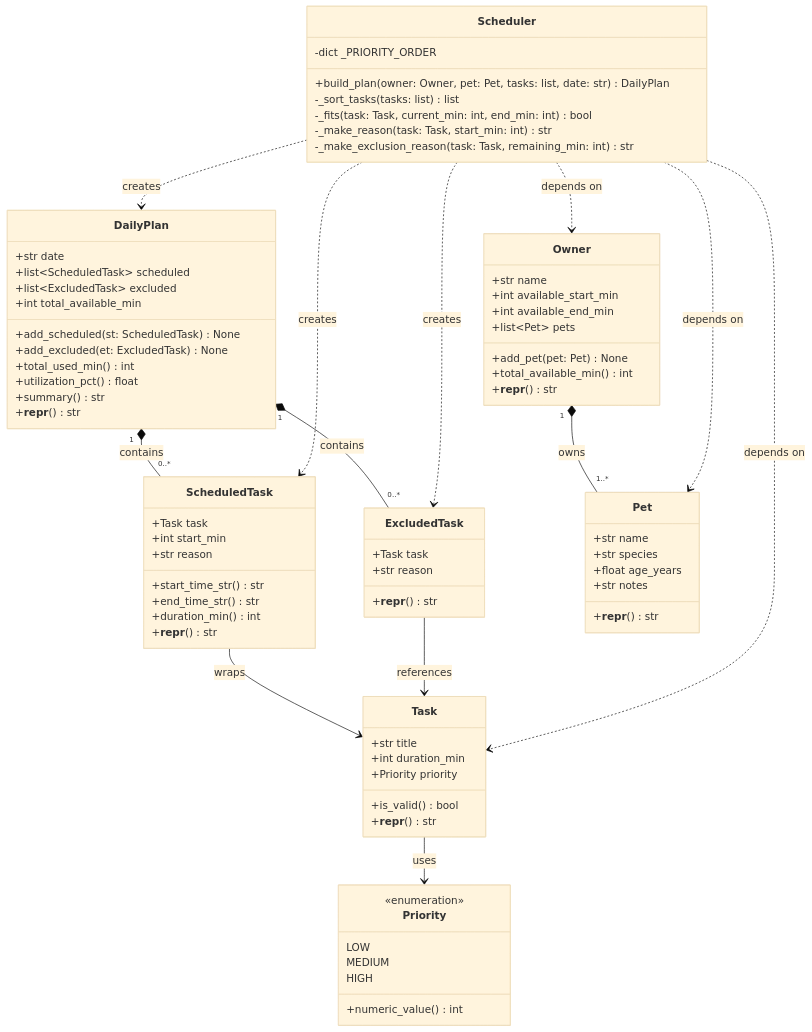
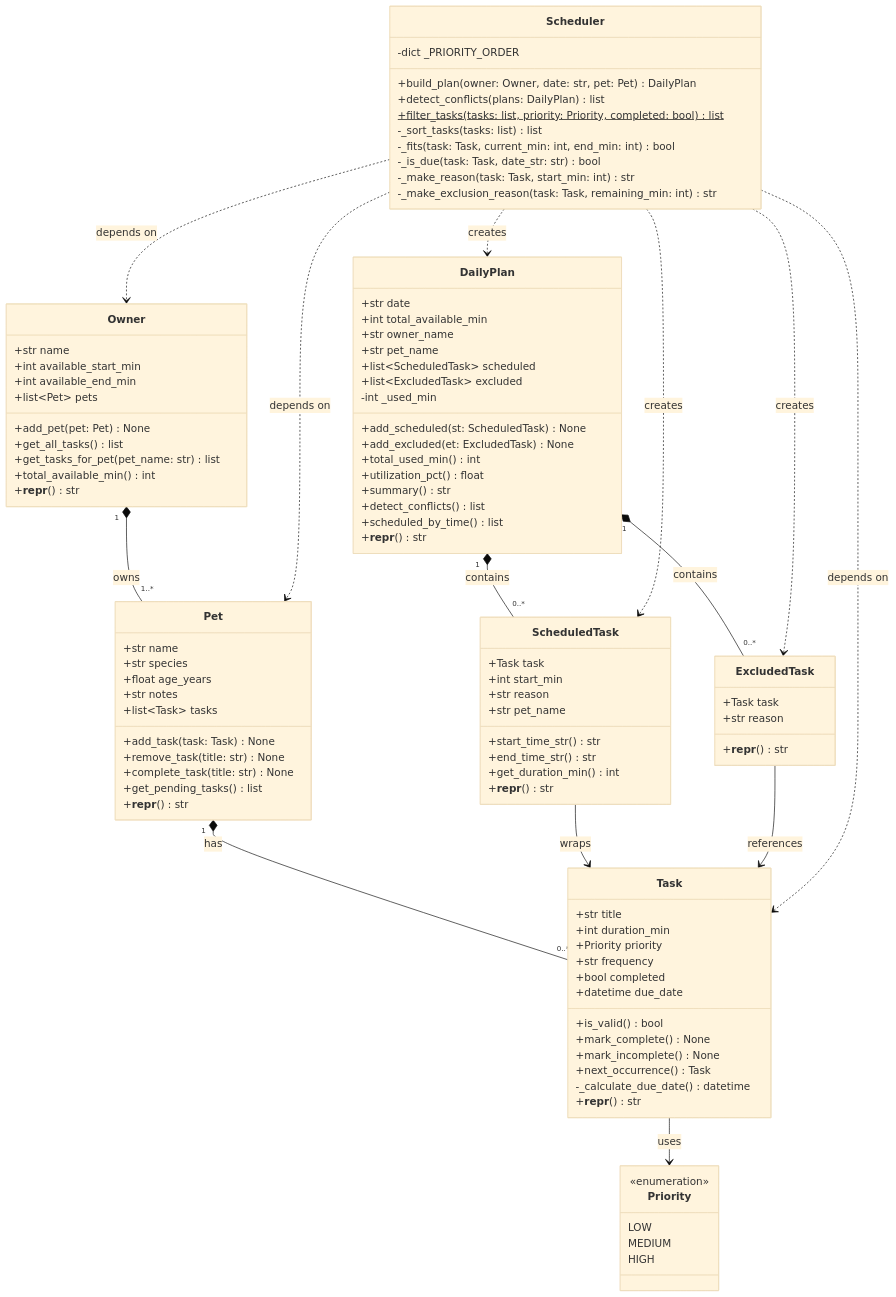
The diagram in uml_design.mmd (briantoanle/ai110-module2show-pawpal-starter), drawn with Mermaid (base theme) before and after one commit. The commit also changed 4 other files, not shown here.

```diff
--- a/uml_design.mmd
+++ b/uml_design.mmd
@@ -1,85 +1,108 @@
 classDiagram
     class Priority {
         <<enumeration>>
         LOW
         MEDIUM
         HIGH
-        +numeric_value() int
     }
 
     class Task {
         +str title
         +int duration_min
         +Priority priority
+        +str frequency
+        +bool completed
+        +datetime due_date
         +is_valid() bool
+        +mark_complete() None
+        +mark_incomplete() None
+        +next_occurrence() Task
+        -_calculate_due_date() datetime
         +__repr__() str
     }
 
     class ScheduledTask {
         +Task task
         +int start_min
         +str reason
+        +str pet_name
         +start_time_str() str
         +end_time_str() str
-        +duration_min() int
+        +get_duration_min() int
         +__repr__() str
     }
 
     class ExcludedTask {
         +Task task
         +str reason
         +__repr__() str
     }
 
     class DailyPlan {
         +str date
+        +int total_available_min
+        +str owner_name
+        +str pet_name
         +list~ScheduledTask~ scheduled
         +list~ExcludedTask~ excluded
-        +int total_available_min
+        -int _used_min
         +add_scheduled(st: ScheduledTask) None
         +add_excluded(et: ExcludedTask) None
         +total_used_min() int
         +utilization_pct() float
         +summary() str
+        +detect_conflicts() list
+        +scheduled_by_time() list
         +__repr__() str
     }
 
     class Pet {
         +str name
         +str species
         +float age_years
         +str notes
+        +list~Task~ tasks
+        +add_task(task: Task) None
+        +remove_task(title: str) None
+        +complete_task(title: str) None
+        +get_pending_tasks() list
         +__repr__() str
     }
 
     class Owner {
         +str name
         +int available_start_min
         +int available_end_min
         +list~Pet~ pets
         +add_pet(pet: Pet) None
+        +get_all_tasks() list
+        +get_tasks_for_pet(pet_name: str) list
         +total_available_min() int
         +__repr__() str
     }
 
     class Scheduler {
         -dict _PRIORITY_ORDER
-        +build_plan(owner: Owner, pet: Pet, tasks: list, date: str) DailyPlan
+        +build_plan(owner: Owner, date: str, pet: Pet) DailyPlan
+        +detect_conflicts(plans: DailyPlan) list
+        +filter_tasks(tasks: list, priority: Priority, completed: bool) list$
         -_sort_tasks(tasks: list) list
         -_fits(task: Task, current_min: int, end_min: int) bool
+        -_is_due(task: Task, date_str: str) bool
         -_make_reason(task: Task, start_min: int) str
         -_make_exclusion_reason(task: Task, remaining_min: int) str
     }
 
     Owner "1" *-- "1..*" Pet : owns
+    Pet "1" *-- "0..*" Task : has
     DailyPlan "1" *-- "0..*" ScheduledTask : contains
     DailyPlan "1" *-- "0..*" ExcludedTask : contains
     ScheduledTask --> Task : wraps
     ExcludedTask --> Task : references
     Task --> Priority : uses
     Scheduler ..> Owner : depends on
     Scheduler ..> Pet : depends on
     Scheduler ..> Task : depends on
     Scheduler ..> DailyPlan : creates
     Scheduler ..> ScheduledTask : creates
     Scheduler ..> ExcludedTask : creates
```
